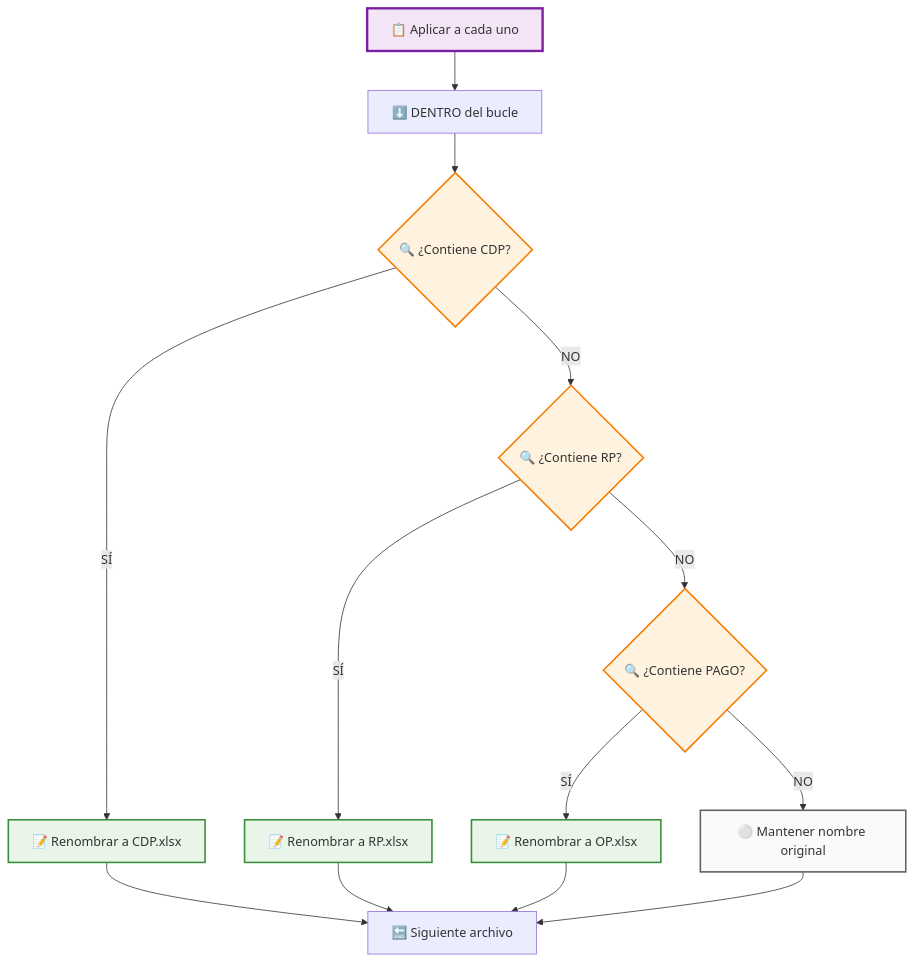
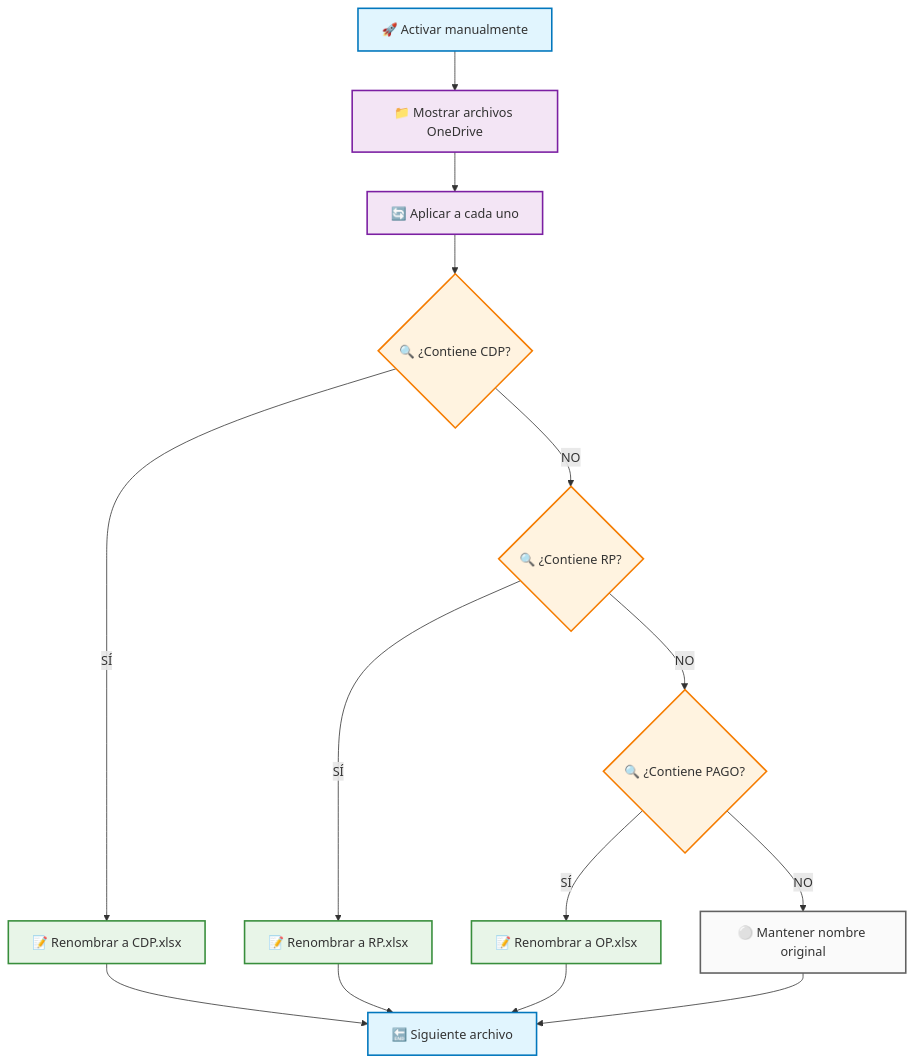
The sixth of 7 diagrams in flujo_presupuesto/diagrama_flujo_power_automate.md (melqui16rv/automatizaciones), drawn with Mermaid before and after one commit. The commit also changed other lines of this file and 4 other files, not shown here.

Commit message:
explicación flujo presupuesto - validación y cambio de nombre de los archivos -9

````diff
--- a/flujo_presupuesto/diagrama_flujo_power_automate.md
+++ b/flujo_presupuesto/diagrama_flujo_power_automate.md
@@ -140,26 +285,32 @@
 ```mermaid
 graph TD
-    A[📋 Aplicar a cada uno] --> B[⬇️ DENTRO del bucle]
-    B --> C{🔍 ¿Contiene CDP?}
-    C -->|SÍ| D[📝 Renombrar a CDP.xlsx]
-    C -->|NO| E{🔍 ¿Contiene RP?}
-    E -->|SÍ| F[📝 Renombrar a RP.xlsx]
-    E -->|NO| G{🔍 ¿Contiene PAGO?}
-    G -->|SÍ| H[📝 Renombrar a OP.xlsx]
-    G -->|NO| I[⚪ Mantener nombre original]
+    A[🚀 Activar manualmente] --> B[📁 Mostrar archivos OneDrive]
+    B --> C[🔄 Aplicar a cada uno]
     
-    D --> J[🔚 Siguiente archivo]
-    F --> J
-    H --> J
-    I --> J
+    C --> D{🔍 ¿Contiene CDP?}
+    D -->|SÍ| E[📝 Renombrar a CDP.xlsx]
+    D -->|NO| F{🔍 ¿Contiene RP?}
     
-    classDef loop fill:#f3e5f5,stroke:#7b1fa2,stroke-width:3px
-    classDef condition fill:#fff3e0,stroke:#f57c00,stroke-width:2px
+    F -->|SÍ| G[📝 Renombrar a RP.xlsx]
+    F -->|NO| H{🔍 ¿Contiene PAGO?}
+    
+    H -->|SÍ| I[📝 Renombrar a OP.xlsx]
+    H -->|NO| J[⚪ Mantener nombre original]
+    
+    E --> K[🔚 Siguiente archivo]
+    G --> K
+    I --> K
+    J --> K
+    
+    classDef startEnd fill:#e1f5fe,stroke:#0277bd,stroke-width:2px
+    classDef process fill:#f3e5f5,stroke:#7b1fa2,stroke-width:2px
+    classDef decision fill:#fff3e0,stroke:#f57c00,stroke-width:2px
     classDef action fill:#e8f5e8,stroke:#388e3c,stroke-width:2px
-    classDef neutral fill:#fafafa,stroke:#616161,stroke-width:2px
+    classDef maintain fill:#fafafa,stroke:#616161,stroke-width:2px
     
-    class A loop
-    class C,E,G condition
-    class D,F,H action
-    class I neutral
+    class A,K startEnd
+    class B,C process
+    class D,F,H decision
+    class E,G,I action
+    class J maintain
 ```
````
